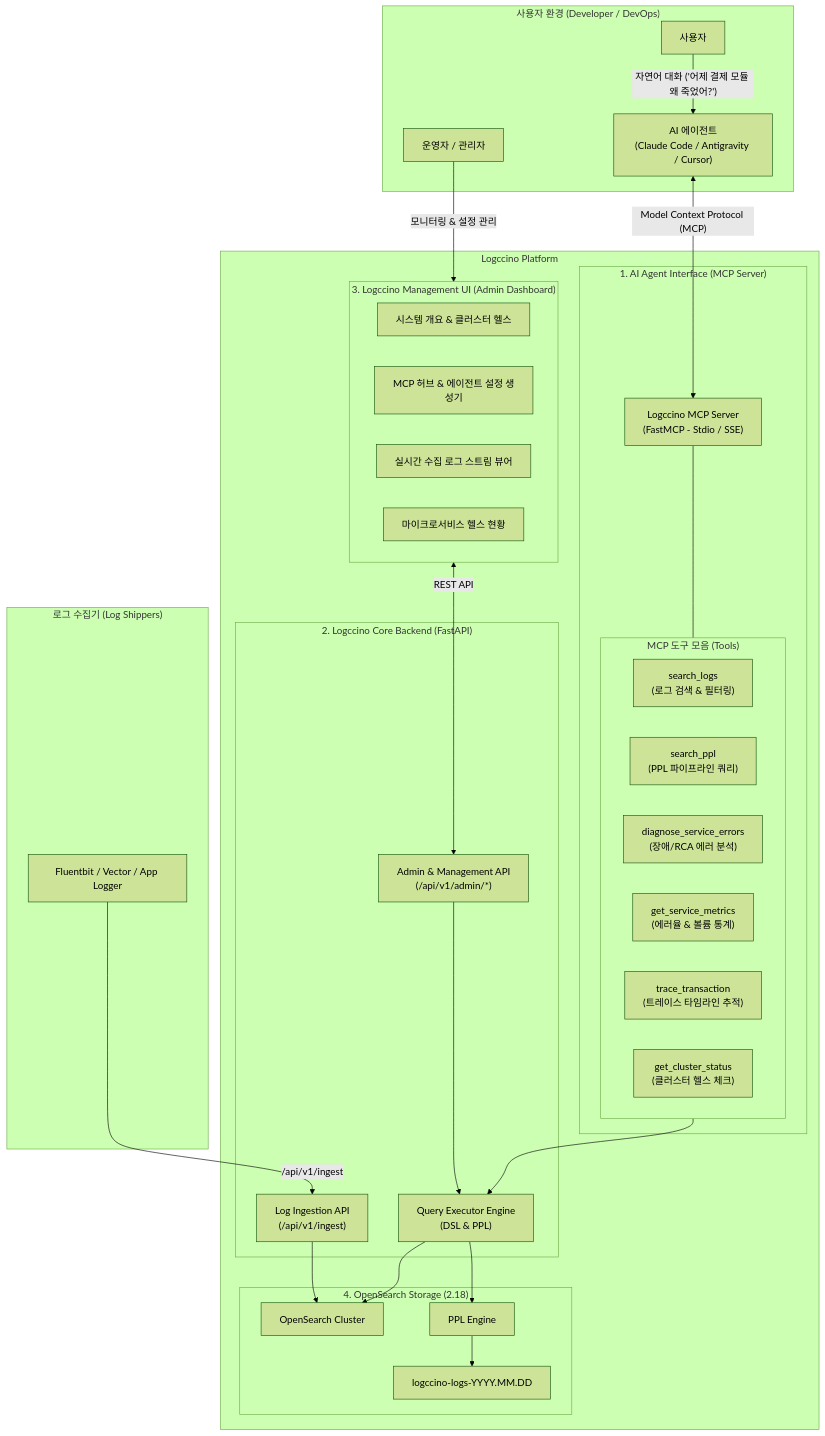
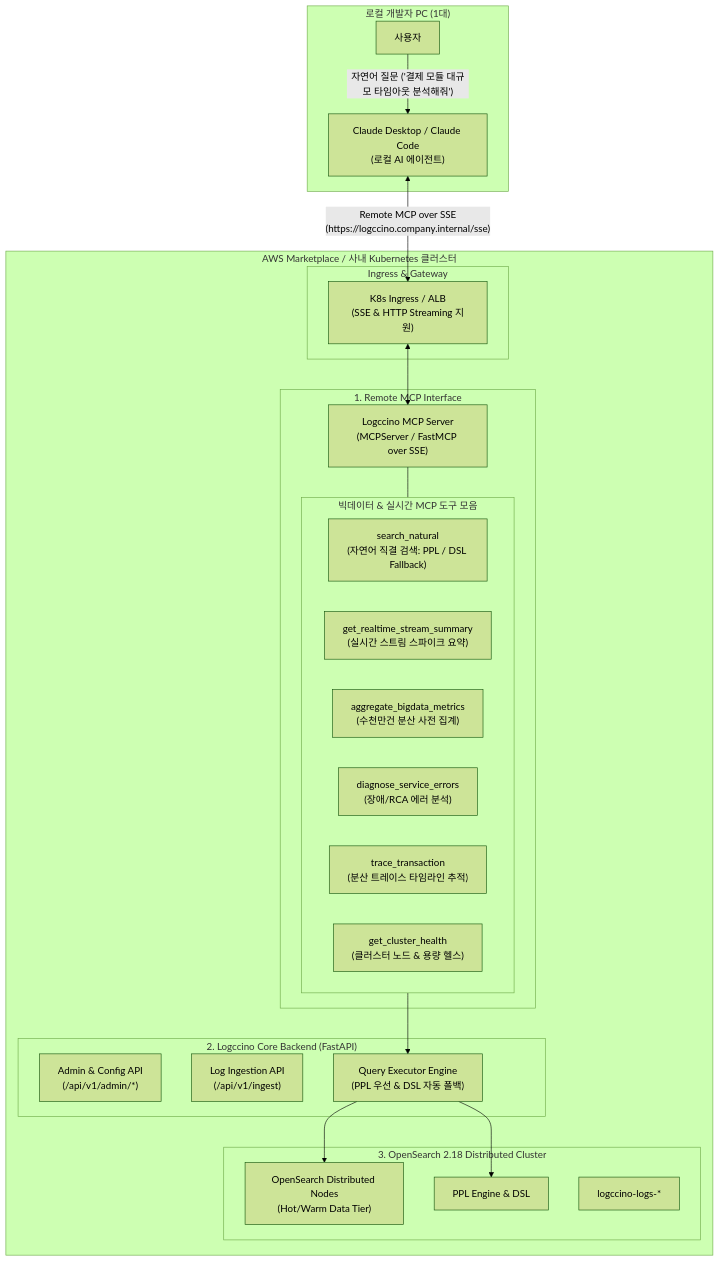
Before and after one commit to GamjaPower/logccino: the diagram in docs/ARCHITECTURE.md, drawn with Mermaid (forest theme). The commit also changed other lines of this file and 18 other files, not shown here.

Commit message:
refactor: transition to Claude-native big data & real-time analytics backend with remote k8s/AWS deployment and natural query direct execution

````diff
--- a/docs/ARCHITECTURE.md
+++ b/docs/ARCHITECTURE.md
@@ -9,65 +9,47 @@
 ```mermaid
 flowchart TD
-    subgraph UserSpace ["사용자 환경 (Developer / DevOps)"]
+    subgraph ClientPC ["로컬 개발자 PC (1대)"]
         User["사용자"]
-        UserAgent["AI 에이전트<br/>(Claude Code / Antigravity / Cursor)"]
-        AdminUser["운영자 / 관리자"]
+        Claude["Claude Desktop / Claude Code<br/>(로컬 AI 에이전트)"]
     end
 
-    subgraph LogccinoPlatform ["Logccino Platform"]
-        subgraph MCPLayer ["1. AI Agent Interface (MCP Server)"]
-            MCPServer["Logccino MCP Server<br/>(FastMCP - Stdio / SSE)"]
+    subgraph CloudK8sPlatform ["AWS Marketplace / 사내 Kubernetes 클러스터"]
+        subgraph IngressLayer ["Ingress & Gateway"]
+            Ingress["K8s Ingress / ALB<br/>(SSE & HTTP Streaming 지원)"]
+        end
+
+        subgraph MCPLayer ["1. Remote MCP Interface"]
+            MCPServer["Logccino MCP Server<br/>(MCPServer / FastMCP over SSE)"]
             
-            subgraph MCPTools ["MCP 도구 모음 (Tools)"]
-                ToolSearch["search_logs<br/>(로그 검색 & 필터링)"]
-                ToolPPL["search_ppl<br/>(PPL 파이프라인 쿼리)"]
+            subgraph MCPTools ["빅데이터 & 실시간 MCP 도구 모음"]
+                ToolSearchNat["search_natural<br/>(자연어 직결 검색: PPL / DSL Fallback)"]
+                ToolStream["get_realtime_stream_summary<br/>(실시간 스트림 스파이크 요약)"]
+                ToolBigData["aggregate_bigdata_metrics<br/>(수천만건 분산 사전 집계)"]
                 ToolDiag["diagnose_service_errors<br/>(장애/RCA 에러 분석)"]
-                ToolMetrics["get_service_metrics<br/>(에러율 & 볼륨 통계)"]
-                ToolTrace["trace_transaction<br/>(트레이스 타임라인 추적)"]
-                ToolStatus["get_cluster_status<br/>(클러스터 헬스 체크)"]
+                ToolTrace["trace_transaction<br/>(분산 트레이스 타임라인 추적)"]
+                ToolHealth["get_cluster_health<br/>(클러스터 노드 & 용량 헬스)"]
             end
         end
 
         subgraph CoreBackend ["2. Logccino Core Backend (FastAPI)"]
-            AdminAPI["Admin & Management API<br/>(/api/v1/admin/*)"]
+            AdminAPI["Admin & Config API<br/>(/api/v1/admin/*)"]
             IngestAPI["Log Ingestion API<br/>(/api/v1/ingest)"]
-            QExecutor["Query Executor Engine<br/>(DSL & PPL)"]
+            QExecutor["Query Executor Engine<br/>(PPL 우선 & DSL 자동 폴백)"]
         end
 
-        subgraph ManagementUI ["3. Logccino Management UI (Admin Dashboard)"]
-            DashOverview["시스템 개요 & 클러스터 헬스"]
-            DashMCP["MCP 허브 & 에이전트 설정 생성기"]
-            DashLogs["실시간 수집 로그 스트림 뷰어"]
-            DashServices["마이크로서비스 헬스 현황"]
-        end
-
-        subgraph StorageLayer ["4. OpenSearch Storage (2.18)"]
-            OSNode["OpenSearch Cluster"]
-            PPLPlugin["PPL Engine"]
-            IndexPattern["logccino-logs-YYYY.MM.DD"]
+        subgraph StorageLayer ["3. OpenSearch 2.18 Distributed Cluster"]
+            OSNodes["OpenSearch Distributed Nodes<br/>(Hot/Warm Data Tier)"]
+            PPLPlugin["PPL Engine & DSL"]
+            IndexPattern["logccino-logs-*"]
         end
     end
 
-    subgraph LogShippers ["로그 수집기 (Log Shippers)"]
-        ShipperAgents["Fluentbit / Vector / App Logger"]
-    end
-
     %% 사용자 상호작용
-    User -->|"자연어 대화 ('어제 결제 모듈 왜 죽었어?')"| UserAgent
-    AdminUser -->|"모니터링 & 설정 관리"| ManagementUI
-
-    %% AI 에이전트 통신 (MCP)
-    UserAgent <-->|"Model Context Protocol (MCP)"| MCPServer
+    User -->|"자연어 질문 ('결제 모듈 대규모 타임아웃 분석해줘')"| Claude
+    Claude <-->|"Remote MCP over SSE<br/>(https://logccino.company.internal/sse)"| Ingress
+    Ingress <--> MCPServer
     MCPServer --- MCPTools
     MCPTools --> QExecutor
-
-    %% 수집 및 검색 흐름
-    ShipperAgents -->|/api/v1/ingest| IngestAPI --> OSNode
     QExecutor --> PPLPlugin
-    QExecutor --> OSNode
-    PPLPlugin --> IndexPattern
-
-    %% 관리 UI 흐름
-    ManagementUI <-->|REST API| AdminAPI
-    AdminAPI --> QExecutor
+    QExecutor --> OSNodes
 ```
````
